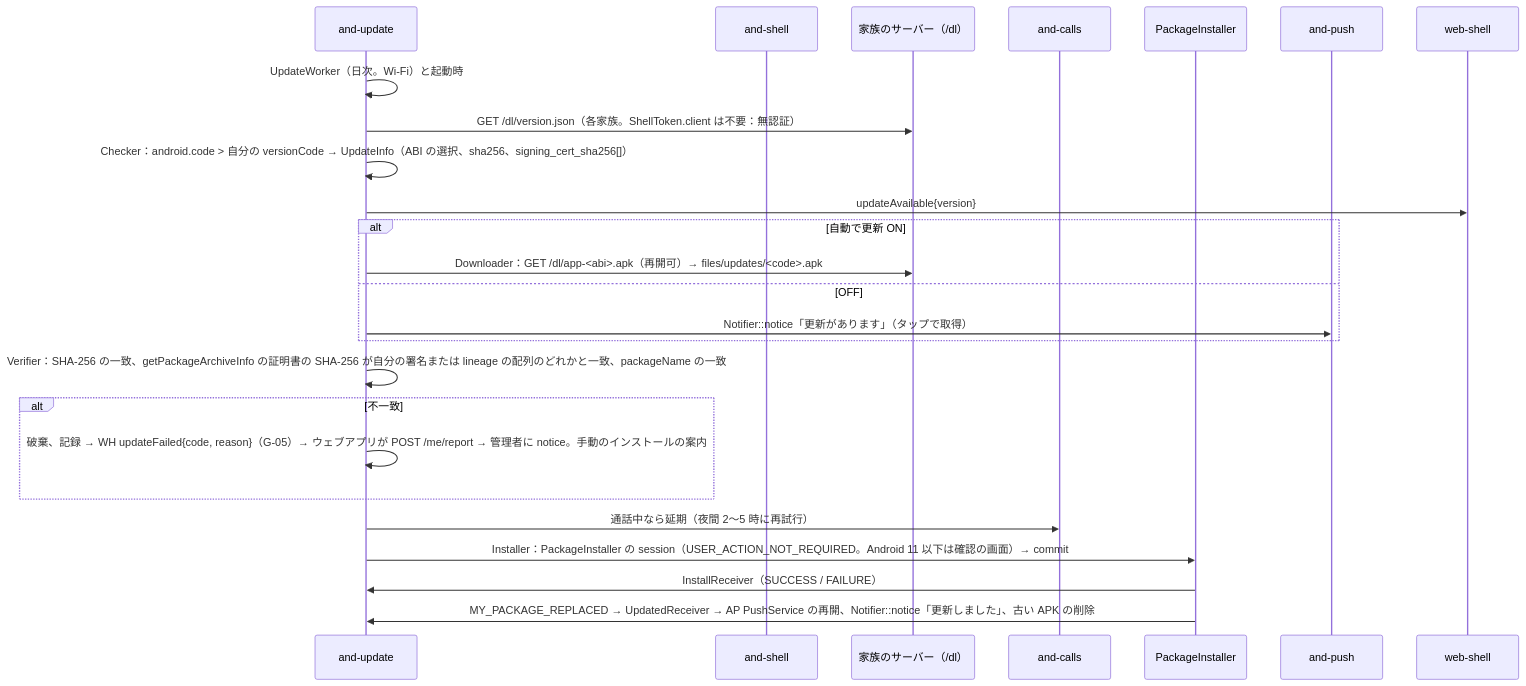
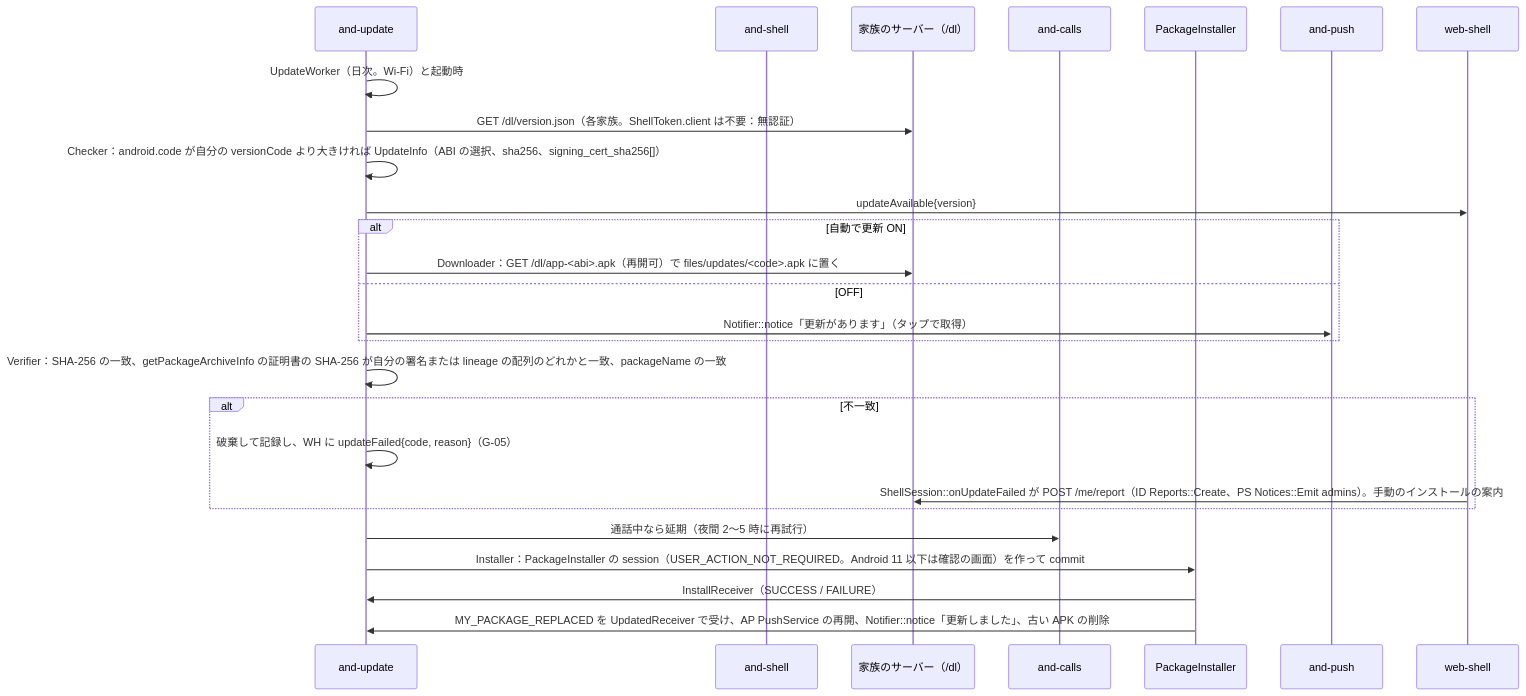
One commit to nrsd-ishikawasou/family-talk-pwa changed the fifth of 5 diagrams in dev/docs/jp/シーケンス/14_Androidのシェル.md. Above: the diagram before and after it, drawn with Mermaid. The commit also changed other lines of this file and 290 other files, not shown here.

````diff
--- a/dev/docs/jp/シーケンス/14_Androidのシェル.md
+++ b/dev/docs/jp/シーケンス/14_Androidのシェル.md
@@ -110,27 +123,28 @@
 ```mermaid
 sequenceDiagram
   participant AU as and-update
   participant AS as and-shell
   participant BD as 家族のサーバー（/dl）
   participant AC as and-calls
   participant OS as PackageInstaller
   participant AP as and-push
   participant WH as web-shell
   AU->>AU: UpdateWorker（日次。Wi-Fi）と起動時
   AU->>BD: GET /dl/version.json（各家族。ShellToken.client は不要：無認証）
-  AU->>AU: Checker：android.code > 自分の versionCode → UpdateInfo（ABI の選択、sha256、signing_cert_sha256[]）
+  AU->>AU: Checker：android.code が自分の versionCode より大きければ UpdateInfo（ABI の選択、sha256、signing_cert_sha256[]）
   AU->>WH: updateAvailable{version}
   alt 自動で更新 ON
-    AU->>BD: Downloader：GET /dl/app-<abi>.apk（再開可）→ files/updates/<code>.apk
+    AU->>BD: Downloader：GET /dl/app-<abi>.apk（再開可）で files/updates/<code>.apk に置く
   else OFF
     AU->>AP: Notifier::notice「更新があります」（タップで取得）
   end
   AU->>AU: Verifier：SHA-256 の一致、getPackageArchiveInfo の証明書の SHA-256 が自分の署名または lineage の配列のどれかと一致、packageName の一致
   alt 不一致
-    AU->>AU: 破棄、記録 → WH updateFailed{code, reason}（G-05）→ ウェブアプリが POST /me/report → 管理者に notice。手動のインストールの案内
+    AU->>AU: 破棄して記録し、WH に updateFailed{code, reason}（G-05）
+    WH->>BD: ShellSession::onUpdateFailed が POST /me/report（ID Reports::Create、PS Notices::Emit admins）。手動のインストールの案内
   end
   AU->>AC: 通話中なら延期（夜間 2〜5 時に再試行）
-  AU->>OS: Installer：PackageInstaller の session（USER_ACTION_NOT_REQUIRED。Android 11 以下は確認の画面）→ commit
+  AU->>OS: Installer：PackageInstaller の session（USER_ACTION_NOT_REQUIRED。Android 11 以下は確認の画面）を作って commit
   OS->>AU: InstallReceiver（SUCCESS / FAILURE）
-  OS->>AU: MY_PACKAGE_REPLACED → UpdatedReceiver → AP PushService の再開、Notifier::notice「更新しました」、古い APK の削除
+  OS->>AU: MY_PACKAGE_REPLACED を UpdatedReceiver で受け、AP PushService の再開、Notifier::notice「更新しました」、古い APK の削除
 ```
````
